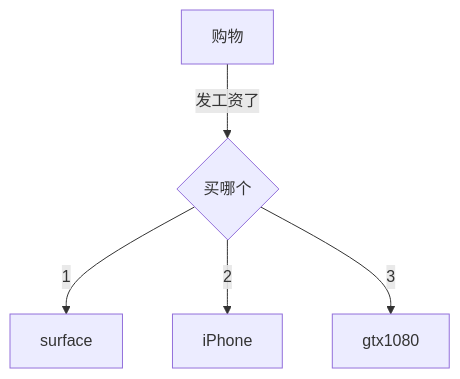
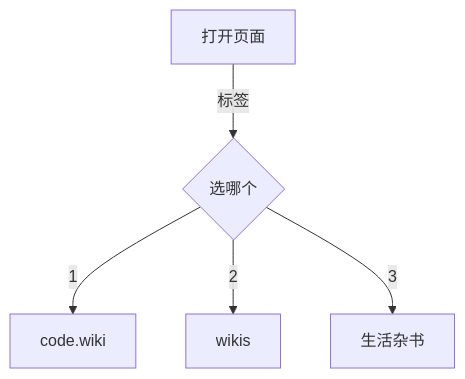
The diagram in _coverpage.md (walker-zheng/resume), drawn with Mermaid before and after one commit. The commit also changed 5 other files, not shown here.

````diff
--- a/_coverpage.md
+++ b/_coverpage.md
@@ -3,7 +3,7 @@
 ```mermaid
 graph TD
-B[购物] -->|发工资了| C{买哪个}
-C -->|1| D[surface]
-C -->|2| E[iPhone]
-C -->|3| F[gtx1080]
+B[打开页面] -->|标签| C{选哪个}
+C -->|1| D[code.wiki]
+C -->|2| E[wikis]
+C -->|3| F[生活杂书]
 ```
````
